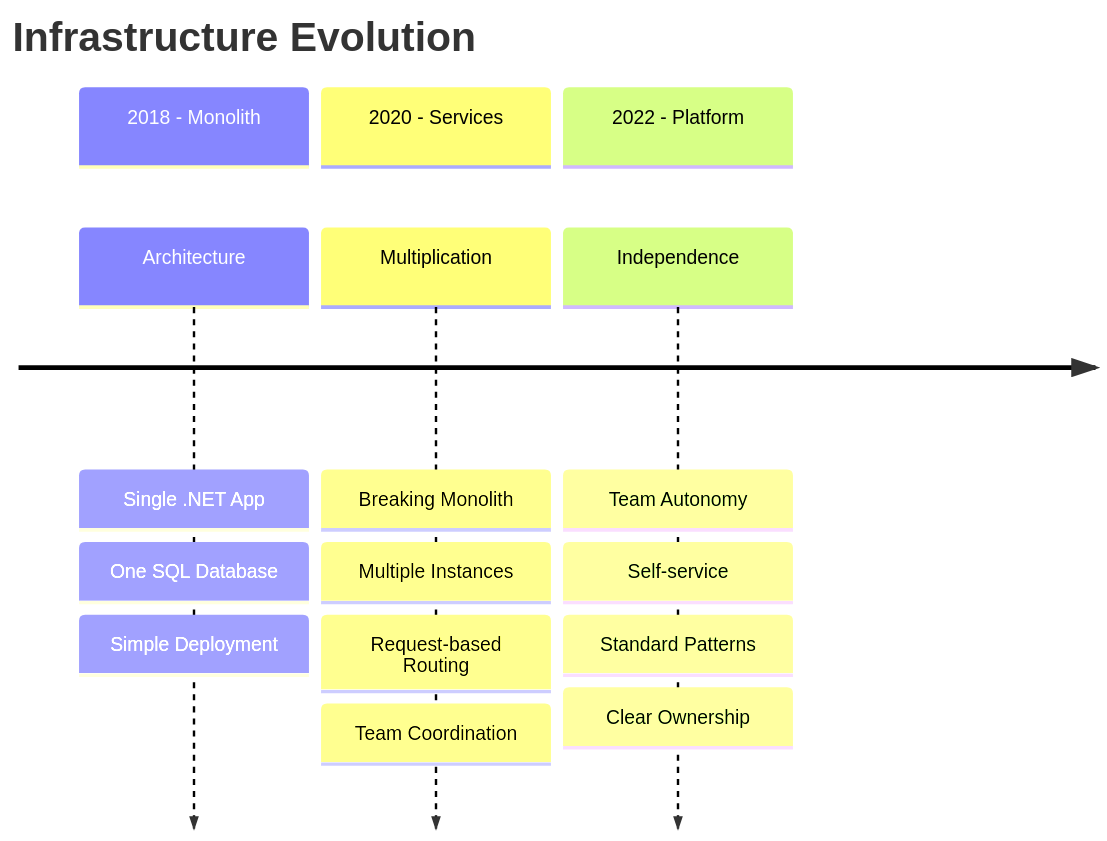
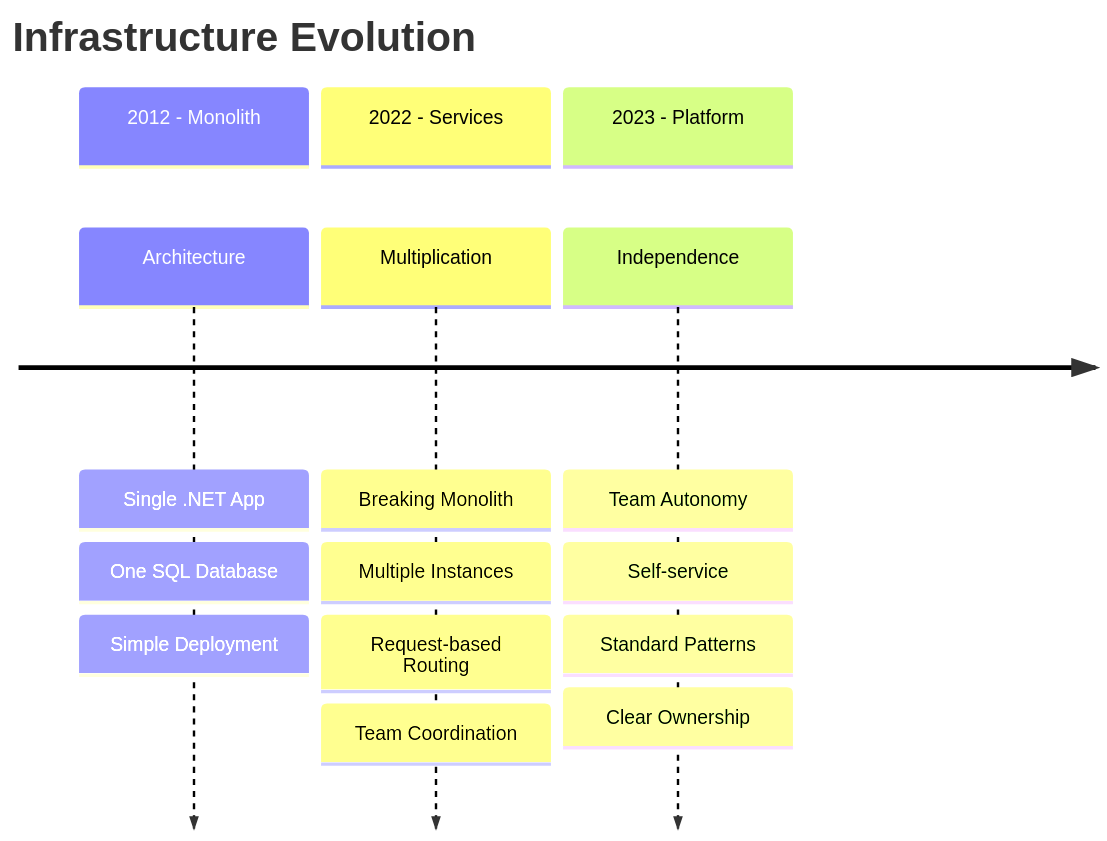
One commit to voioo/iac-pulumi-seminar changed the fourth of 5 diagrams in pages/section-5.md. Above: the diagram before and after it, drawn with Mermaid.

Commit message:
Fix bad dates in Mews Journey

````diff
--- a/pages/section-5.md
+++ b/pages/section-5.md
@@ -396,18 +396,18 @@
 ```mermaid {scale: 0.6}
 timeline
     title Infrastructure Evolution
-    section 2018 - Monolith
+    section 2012 - Monolith
         Architecture : Single .NET App
         : One SQL Database
         : Simple Deployment
-    section 2020 - Services
+    section 2022 - Services
         Multiplication : Breaking Monolith
         : Multiple Instances
         : Request-based Routing
         : Team Coordination
-    section 2022 - Platform
+    section 2023 - Platform
         Independence : Team Autonomy
         : Self-service
         : Standard Patterns
         : Clear Ownership
 ```
````
